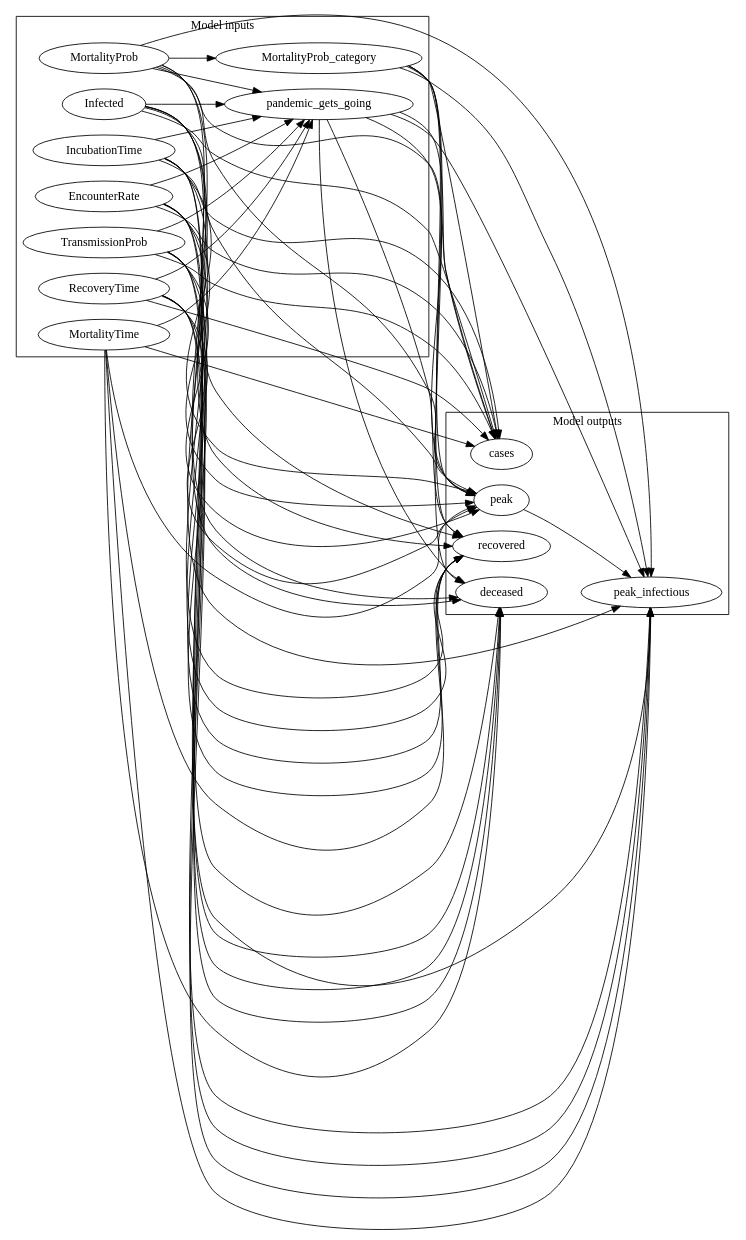
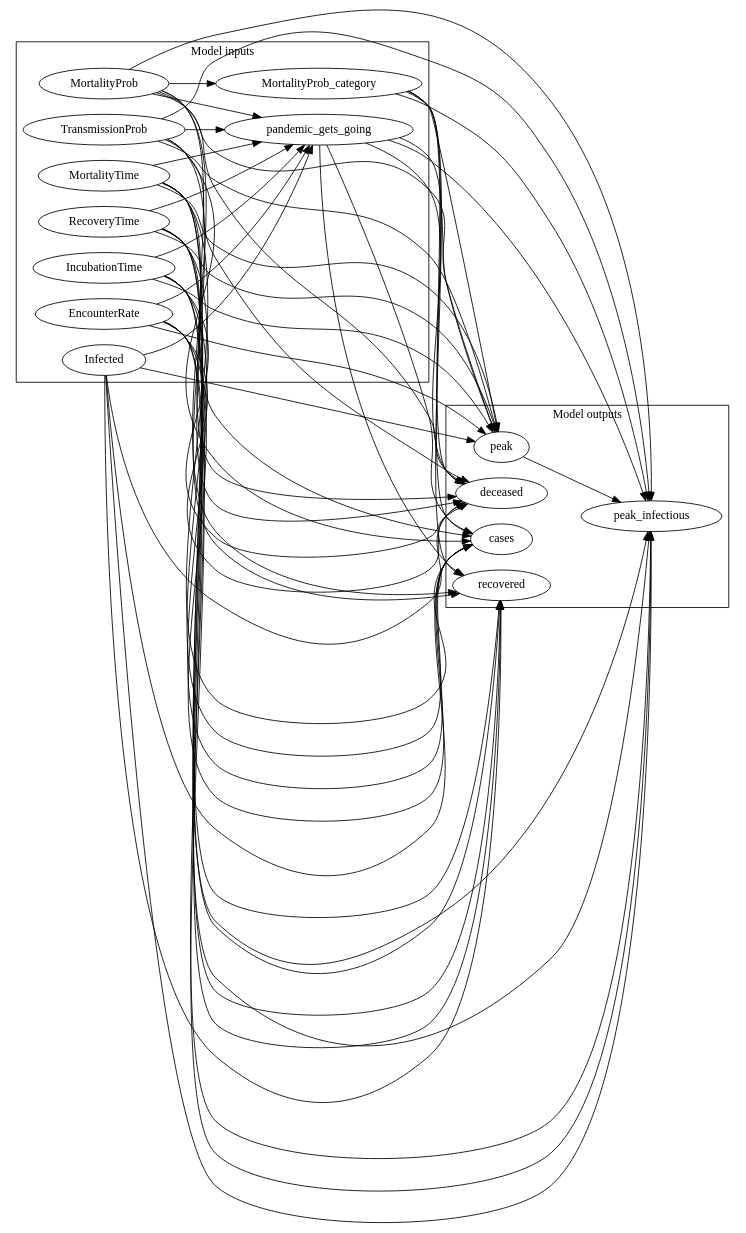
One commit to CITCOM-project/causcumber changed the diagram in scenarios/influenza1918/dags/influenza1918_abstract.dot. Above: the diagram before and after it, drawn with Graphviz. The commit also changed other lines of this file and 20 other files, not shown here.

```diff
--- a/scenarios/influenza1918/dags/influenza1918_abstract.dot
+++ b/scenarios/influenza1918/dags/influenza1918_abstract.dot
@@ -1,79 +1,79 @@
 digraph "" {
 	graph [newrank=True,
 		rankdir=LR
 	];
 	subgraph cluster_inputs {
 		graph [label="Model inputs"];
 		MortalityProb;
-		pandemic_gets_going;
 		TransmissionProb;
 		EncounterRate;
 		MortalityTime;
 		IncubationTime;
 		MortalityProb_category;
+		pandemic_gets_going;
 		RecoveryTime;
 		Infected;
 	}
 	subgraph cluster_outputs {
 		graph [label="Model outputs"];
 		peak;
+		peak_infectious;
+		cases;
+		recovered;
 		deceased;
-		peak_infectious;
-		recovered;
-		cases;
 	}
+	MortalityProb -> MortalityProb_category;
 	MortalityProb -> pandemic_gets_going;
-	MortalityProb -> MortalityProb_category;
 	MortalityProb -> peak;
+	MortalityProb -> peak_infectious;
+	MortalityProb -> cases;
+	MortalityProb -> recovered;
 	MortalityProb -> deceased;
-	MortalityProb -> peak_infectious;
-	MortalityProb -> recovered;
-	MortalityProb -> cases;
-	pandemic_gets_going -> peak;
-	pandemic_gets_going -> deceased;
-	pandemic_gets_going -> peak_infectious;
-	pandemic_gets_going -> recovered;
-	pandemic_gets_going -> cases;
 	TransmissionProb -> pandemic_gets_going;
 	TransmissionProb -> peak;
+	TransmissionProb -> peak_infectious;
+	TransmissionProb -> cases;
+	TransmissionProb -> recovered;
 	TransmissionProb -> deceased;
-	TransmissionProb -> peak_infectious;
-	TransmissionProb -> recovered;
-	TransmissionProb -> cases;
 	EncounterRate -> pandemic_gets_going;
 	EncounterRate -> peak;
+	EncounterRate -> peak_infectious;
+	EncounterRate -> cases;
+	EncounterRate -> recovered;
 	EncounterRate -> deceased;
-	EncounterRate -> peak_infectious;
-	EncounterRate -> recovered;
-	EncounterRate -> cases;
 	MortalityTime -> pandemic_gets_going;
 	MortalityTime -> peak;
+	MortalityTime -> peak_infectious;
+	MortalityTime -> cases;
+	MortalityTime -> recovered;
 	MortalityTime -> deceased;
-	MortalityTime -> peak_infectious;
-	MortalityTime -> recovered;
-	MortalityTime -> cases;
 	IncubationTime -> pandemic_gets_going;
 	IncubationTime -> peak;
+	IncubationTime -> peak_infectious;
+	IncubationTime -> cases;
+	IncubationTime -> recovered;
 	IncubationTime -> deceased;
-	IncubationTime -> peak_infectious;
-	IncubationTime -> recovered;
-	IncubationTime -> cases;
 	MortalityProb_category -> peak;
+	MortalityProb_category -> peak_infectious;
+	MortalityProb_category -> cases;
+	MortalityProb_category -> recovered;
 	MortalityProb_category -> deceased;
-	MortalityProb_category -> peak_infectious;
-	MortalityProb_category -> recovered;
-	MortalityProb_category -> cases;
+	pandemic_gets_going -> peak;
+	pandemic_gets_going -> peak_infectious;
+	pandemic_gets_going -> cases;
+	pandemic_gets_going -> recovered;
+	pandemic_gets_going -> deceased;
 	RecoveryTime -> pandemic_gets_going;
 	RecoveryTime -> peak;
+	RecoveryTime -> peak_infectious;
+	RecoveryTime -> cases;
+	RecoveryTime -> recovered;
 	RecoveryTime -> deceased;
-	RecoveryTime -> peak_infectious;
-	RecoveryTime -> recovered;
-	RecoveryTime -> cases;
 	Infected -> pandemic_gets_going;
 	Infected -> peak;
+	Infected -> peak_infectious;
+	Infected -> cases;
+	Infected -> recovered;
 	Infected -> deceased;
-	Infected -> peak_infectious;
-	Infected -> recovered;
-	Infected -> cases;
 	peak -> peak_infectious;
 }
```
